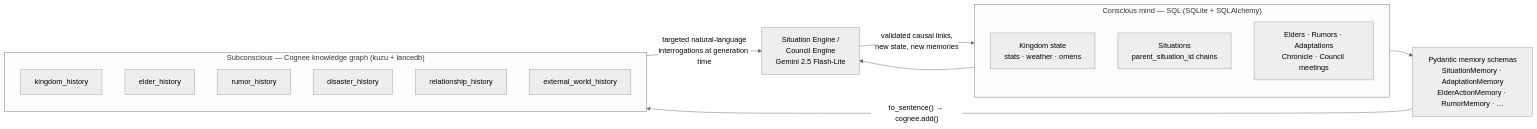
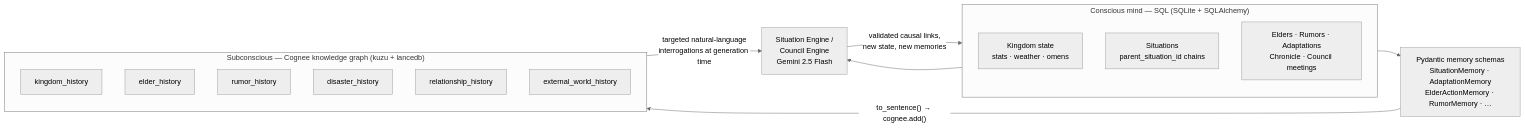
The diagram in README.md (omega-sus67/occasionally_divine), drawn with Mermaid (neutral theme) before and after one commit. The commit also changed other lines of this file and 3 other files, not shown here.

````diff
--- a/README.md
+++ b/README.md
@@ -53,23 +114,23 @@
 ```mermaid
 flowchart LR
     subgraph Conscious["Conscious mind — SQL (SQLite + SQLAlchemy)"]
         K[Kingdom state<br/>stats · weather · omens]
         S[Situations<br/>parent_situation_id chains]
         E[Elders · Rumors · Adaptations<br/>Chronicle · Council meetings]
     end
 
     subgraph Subconscious["Subconscious — Cognee knowledge graph (kuzu + lancedb)"]
         D1[kingdom_history]
         D2[elder_history]
         D3[rumor_history]
         D4[disaster_history]
         D5[relationship_history]
         D6[external_world_history]
     end
 
     P[Pydantic memory schemas<br/>SituationMemory · AdaptationMemory<br/>ElderActionMemory · RumorMemory · …] -- "to_sentence() → cognee.add()" --> Subconscious
     Conscious --> P
-    Subconscious -- "targeted natural-language<br/>interrogations at generation time" --> G[Situation Engine /<br/>Council Engine<br/>Gemini 2.5 Flash-Lite]
+    Subconscious -- "targeted natural-language<br/>interrogations at generation time" --> G[Situation Engine /<br/>Council Engine<br/>Gemini 2.5 Flash]
     Conscious --> G
     G -- "validated causal links,<br/>new state, new memories" --> Conscious
 ```
````
